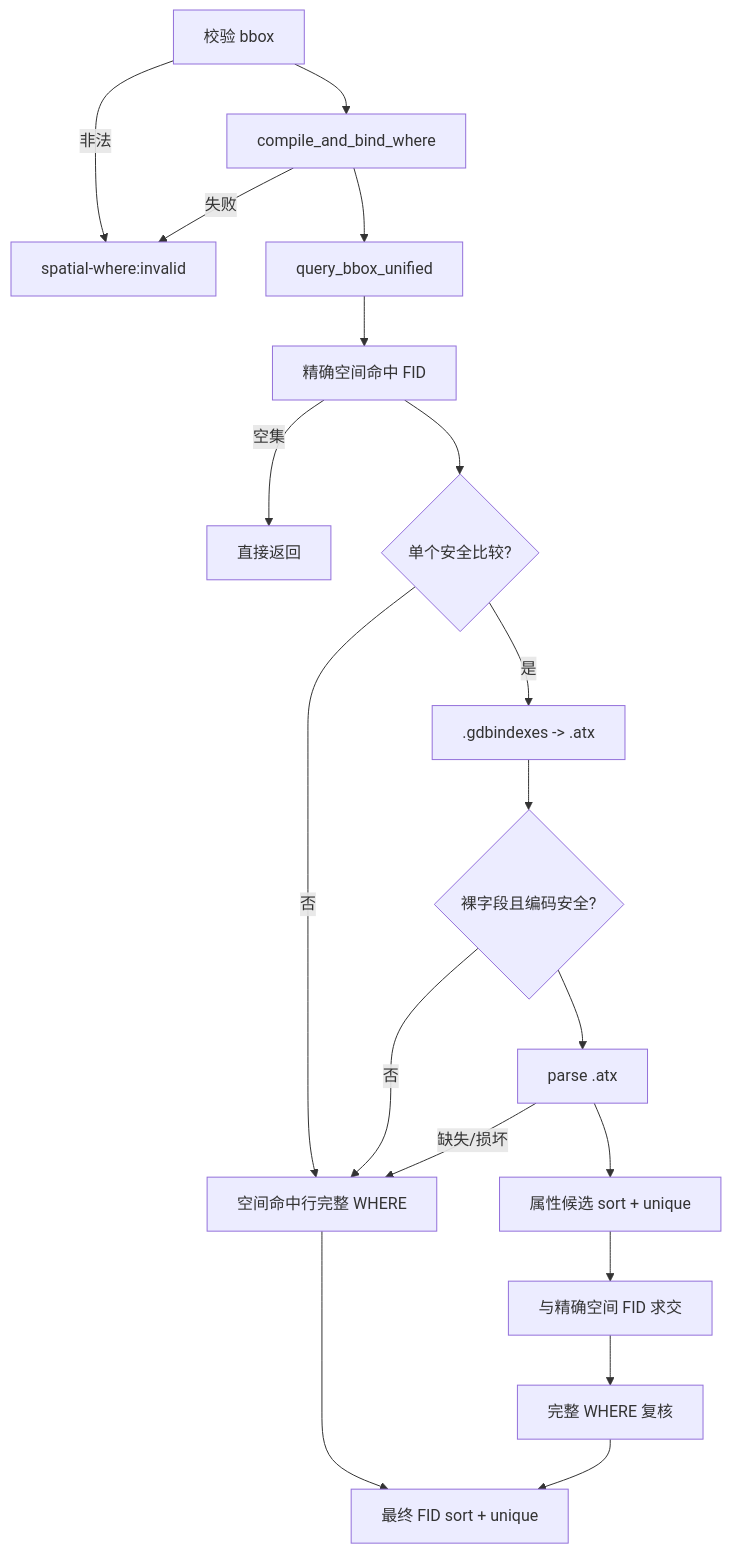
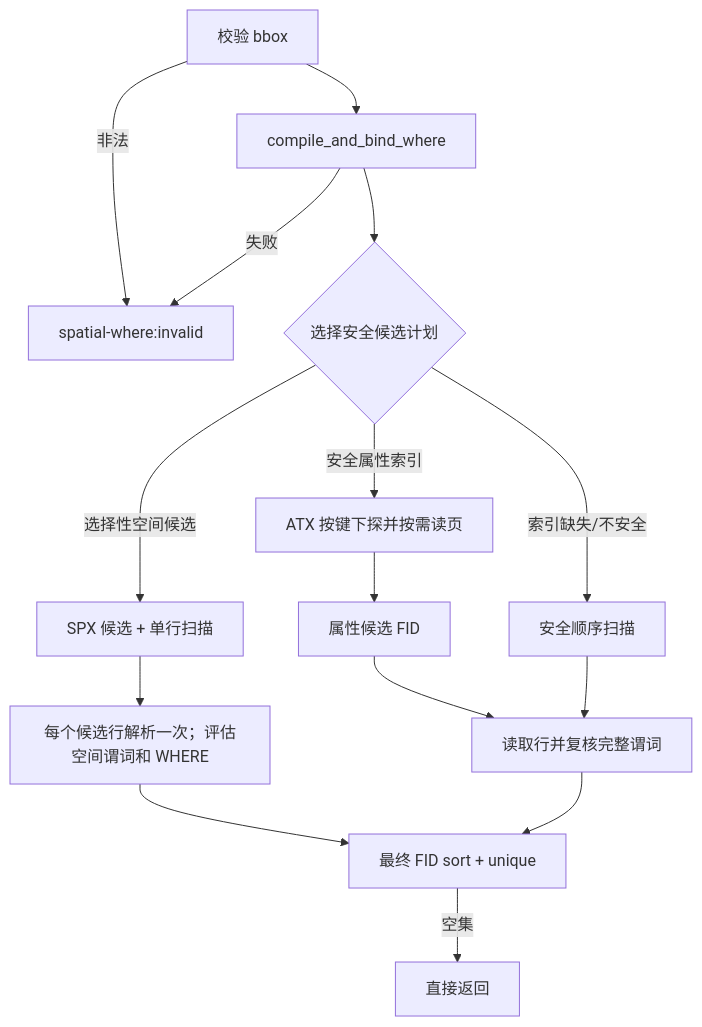
One commit to EdgarLQS/fast-gdb changed the second of 6 diagrams in docs/gdb/09_Reader查询流程与WKB输出.md. Above: the diagram before and after it, drawn with Mermaid. The commit also changed other lines of this file and 200 other files, not shown here.

````diff
--- a/docs/gdb/09_Reader查询流程与WKB输出.md
+++ b/docs/gdb/09_Reader查询流程与WKB输出.md
@@ -35,21 +36,17 @@
 ```mermaid
 flowchart TD
     A["校验 bbox"] -->|非法| INVALID["spatial-where:invalid"]
     A --> B["compile_and_bind_where"]
     B -->|失败| INVALID
-    B --> C["query_bbox_unified"]
-    C --> D["精确空间命中 FID"]
-    D -->|空集| EMPTY["直接返回"]
-    D --> E{"单个安全比较?"}
-    E -->|否| FALLBACK["空间命中行完整 WHERE"]
-    E -->|是| META[".gdbindexes -> .atx"]
-    META --> SAFE{"裸字段且编码安全?"}
-    SAFE -->|否| FALLBACK
-    SAFE --> ATX["parse .atx"]
-    ATX -->|缺失/损坏| FALLBACK
-    ATX --> CAND["属性候选 sort + unique"]
-    CAND --> INTERSECT["与精确空间 FID 求交"]
-    INTERSECT --> RECHECK["完整 WHERE 复核"]
-    FALLBACK --> RESULT["最终 FID sort + unique"]
-    RECHECK --> RESULT
+    B --> C{"选择安全候选计划"}
+    C -->|选择性空间候选| SPX["SPX 候选 + 单行扫描"]
+    SPX --> FUSED["每个候选行解析一次；评估空间谓词和 WHERE"]
+    C -->|安全属性索引| ATX["ATX 按键下探并按需读页"]
+    ATX --> IXFIDS["属性候选 FID"]
+    C -->|索引缺失/不安全| FALLBACK["安全顺序扫描"]
+    IXFIDS --> VERIFY["读取行并复核完整谓词"]
+    FALLBACK --> VERIFY
+    FUSED --> RESULT["最终 FID sort + unique"]
+    VERIFY --> RESULT
+    RESULT -->|空集| EMPTY["直接返回"]
 ```
````
